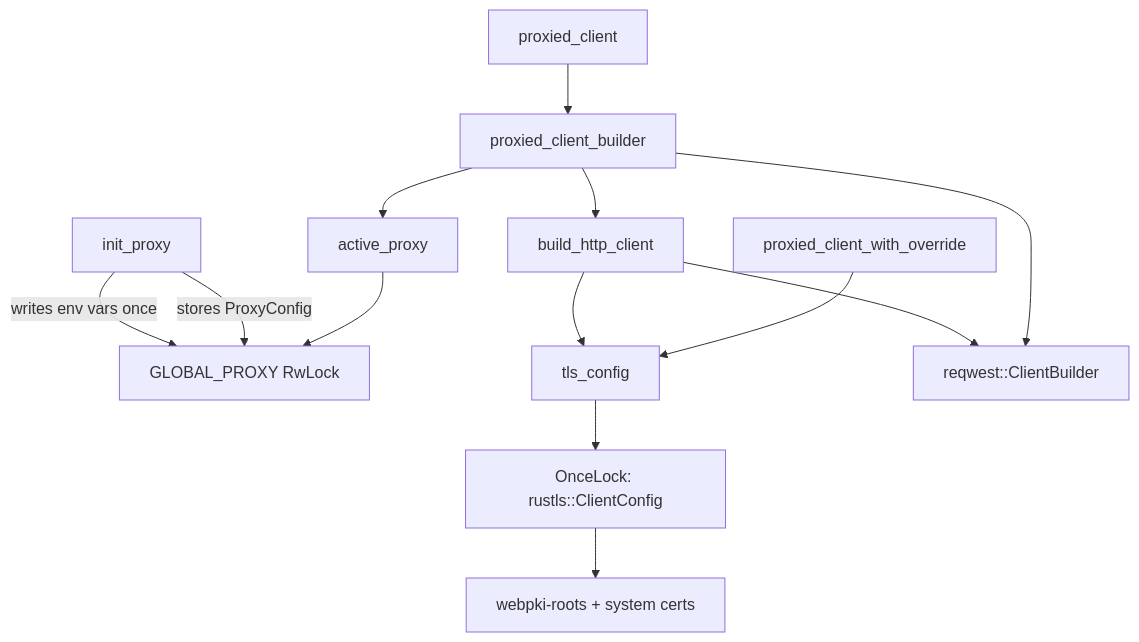
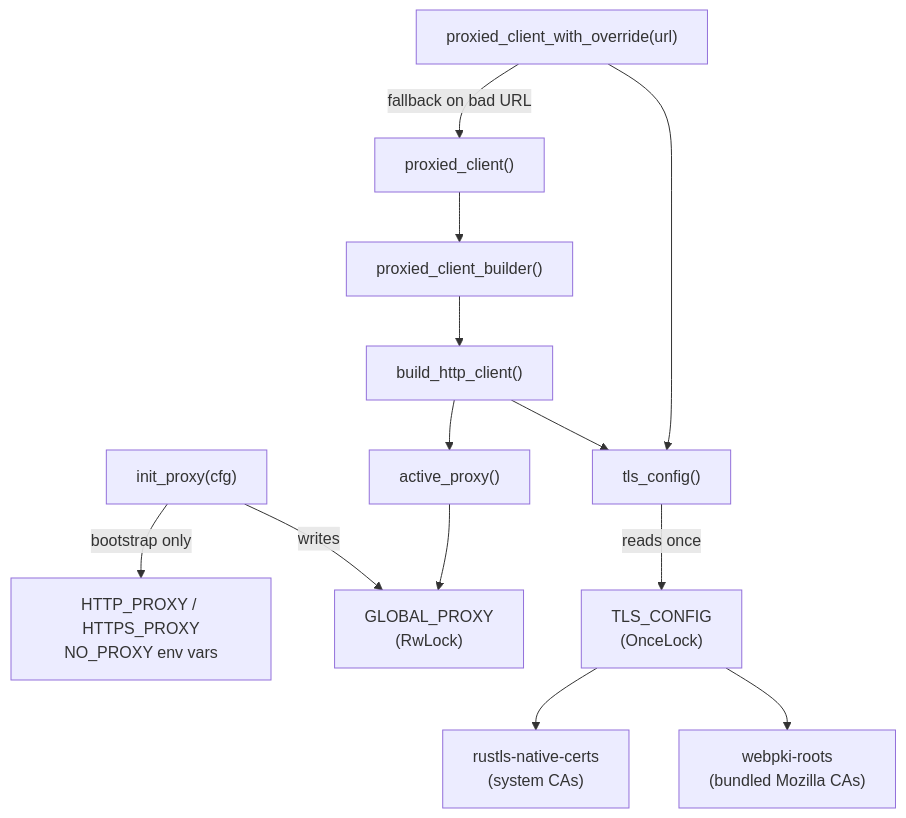
One commit to leszek3737/librefang-WIki changed the diagram in http-infrastructure.md. Above: the diagram before and after it, drawn with Mermaid. The commit also changed other lines of this file and 93 other files, not shown here.

````diff
--- a/http-infrastructure.md
+++ b/http-infrastructure.md
@@ -17,15 +18,18 @@
 ```mermaid
-flowchart TD
-    A[init_proxy] -->|writes env vars once| B[GLOBAL_PROXY RwLock]
-    A -->|stores ProxyConfig| B
-    C[proxied_client_builder] --> D[active_proxy]
-    D --> B
-    C --> E[build_http_client]
-    E --> F[tls_config]
-    F --> G[OnceLock: rustls::ClientConfig]
-    G --> H[webpki-roots + system certs]
-    E --> I[reqwest::ClientBuilder]
-    C --> I
-    J[proxied_client] --> C
-    K[proxied_client_with_override] --> F
+graph TD
+    A["init_proxy(cfg)"] -->|writes| B["GLOBAL_PROXY<br/>(RwLock)"]
+    A -->|bootstrap only| C["HTTP_PROXY / HTTPS_PROXY<br/>NO_PROXY env vars"]
+
+    D["tls_config()"] -->|reads once| E["TLS_CONFIG<br/>(OnceLock)"]
+    E --> F["webpki-roots<br/>(bundled Mozilla CAs)"]
+    E --> G["rustls-native-certs<br/>(system CAs)"]
+
+    H["proxied_client_builder()"] --> I["build_http_client()"]
+    I --> D
+    I --> J["active_proxy()"]
+    J --> B
+
+    K["proxied_client()"] --> H
+    L["proxied_client_with_override(url)"] --> D
+    L -->|fallback on bad URL| K
 ```
````
